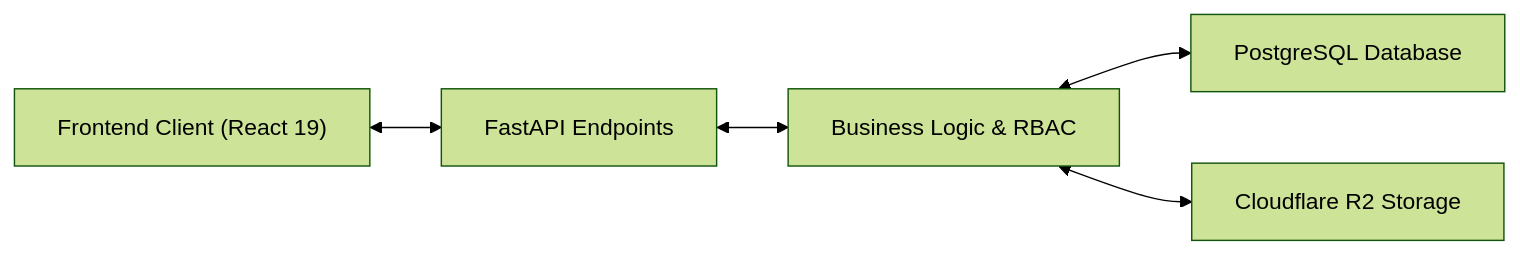
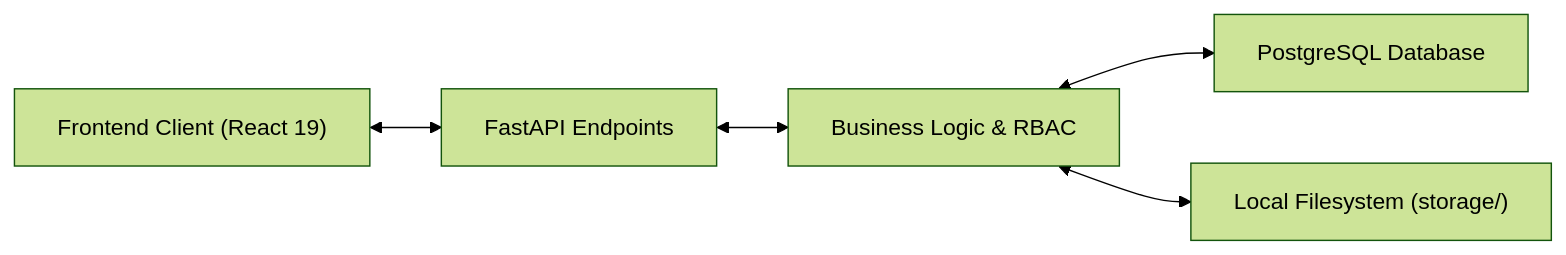
The diagram in docs/templates/FEATURE_TEMPLATE.md (Nguyen06-CSE/Foundation-Project), drawn with Mermaid (forest theme) before and after one commit. The commit also changed 260 other files, not shown here.

````diff
--- a/docs/templates/FEATURE_TEMPLATE.md
+++ b/docs/templates/FEATURE_TEMPLATE.md
@@ -26,7 +26,7 @@
 ```mermaid
 flowchart LR
     UI["Frontend Client (React 19)"] <--> API["FastAPI Endpoints"]
     API <--> Logic["Business Logic & RBAC"]
     Logic <--> DB["PostgreSQL Database"]
-    Logic <--> Storage["Cloudflare R2 Storage"]
+    Logic <--> Storage["Local Filesystem (storage/)"]
 ```
````
